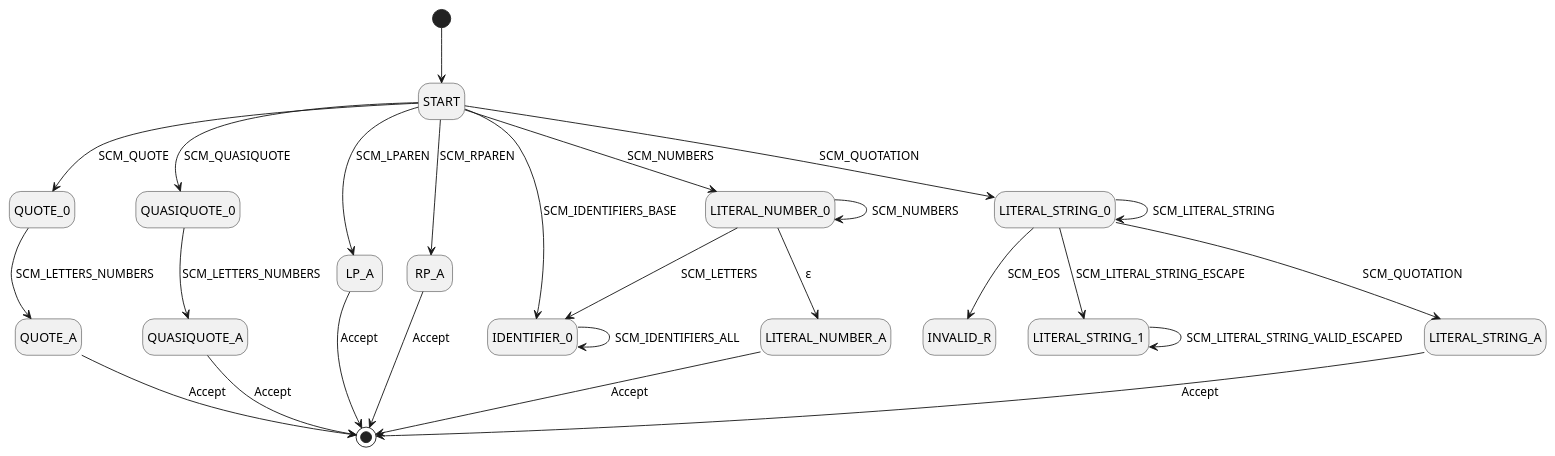
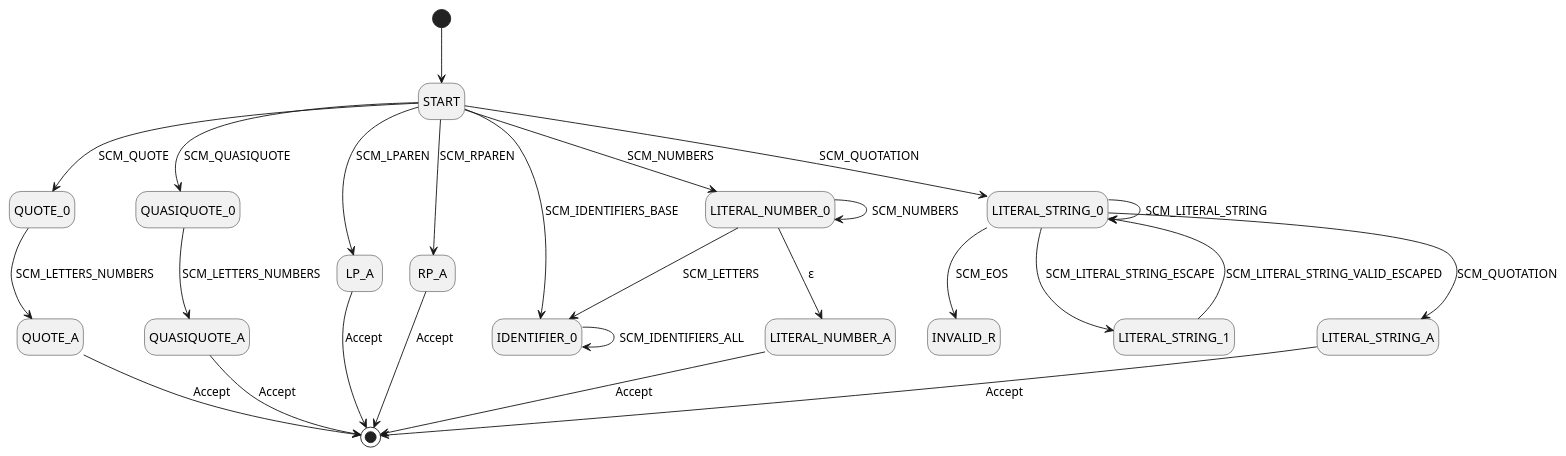
The diagram in c/docs/test.puml (s4izh/mini-scheme), drawn with PlantUML before and after one commit. The commit also changed 16 other files, not shown here.

```diff
--- a/c/docs/test.puml
+++ b/c/docs/test.puml
@@ -1,37 +1,37 @@
 @startuml
 hide empty description
 
 ' Define the states
 [*] --> START
 
 START --> QUOTE_0 : SCM_QUOTE
 START --> QUASIQUOTE_0 : SCM_QUASIQUOTE
 START --> LP_A : SCM_LPAREN
 START --> RP_A : SCM_RPAREN
 START --> IDENTIFIER_0 : SCM_IDENTIFIERS_BASE
 START --> LITERAL_NUMBER_0 : SCM_NUMBERS
 START --> LITERAL_STRING_0 : SCM_QUOTATION
 
 QUOTE_0 --> QUOTE_A : SCM_LETTERS_NUMBERS
 QUASIQUOTE_0 --> QUASIQUOTE_A : SCM_LETTERS_NUMBERS
 
 IDENTIFIER_0 --> IDENTIFIER_0 : SCM_IDENTIFIERS_ALL
 LITERAL_NUMBER_0 --> IDENTIFIER_0 : SCM_LETTERS
 LITERAL_NUMBER_0 --> LITERAL_NUMBER_0 : SCM_NUMBERS
 LITERAL_NUMBER_0 --> LITERAL_NUMBER_A : ε
 LITERAL_STRING_0 --> INVALID_R : SCM_EOS
 LITERAL_STRING_0 --> LITERAL_STRING_0 : SCM_LITERAL_STRING
 LITERAL_STRING_0 --> LITERAL_STRING_1 : SCM_LITERAL_STRING_ESCAPE
 LITERAL_STRING_0 --> LITERAL_STRING_A : SCM_QUOTATION
-LITERAL_STRING_1 --> LITERAL_STRING_1 : SCM_LITERAL_STRING_VALID_ESCAPED
+LITERAL_STRING_1 --> LITERAL_STRING_0 : SCM_LITERAL_STRING_VALID_ESCAPED
 
 QUOTE_A --> [*] : Accept
 QUASIQUOTE_A --> [*] : Accept
 
 LP_A --> [*] : Accept
 RP_A --> [*] : Accept
 
 LITERAL_NUMBER_A --> [*] : Accept
 LITERAL_STRING_A --> [*] : Accept
 
 @enduml
```
